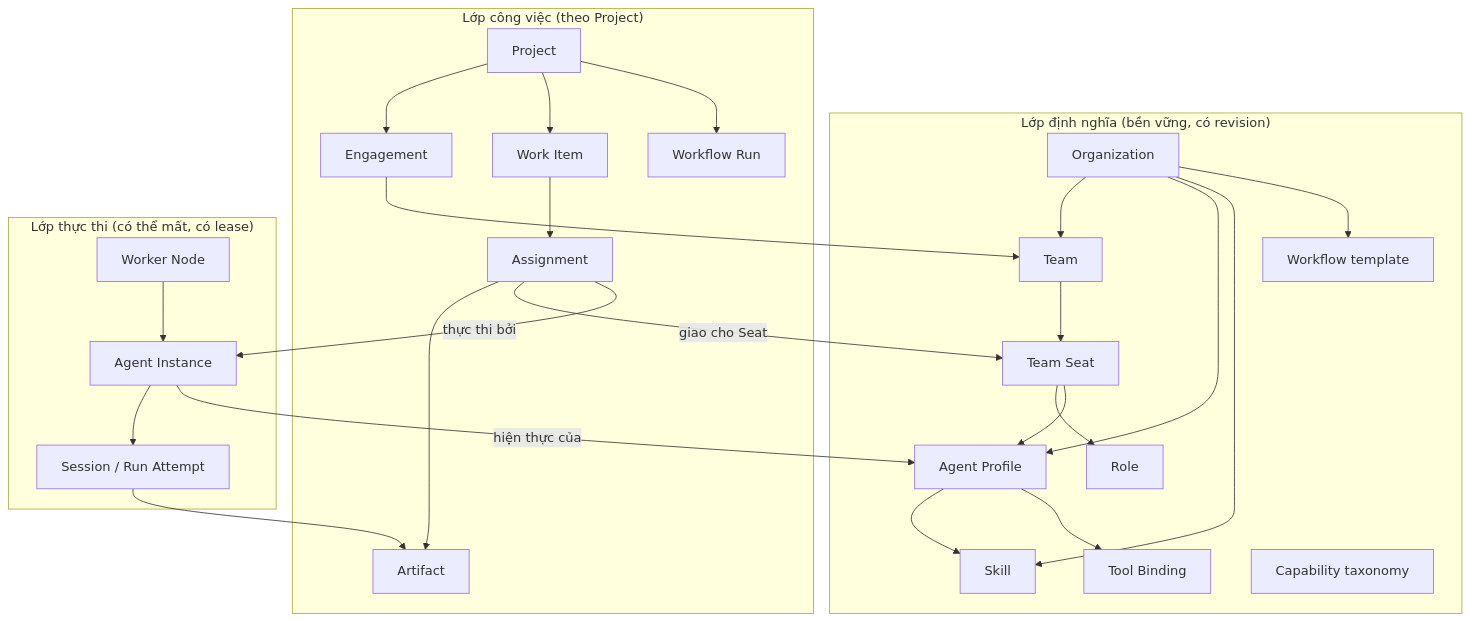
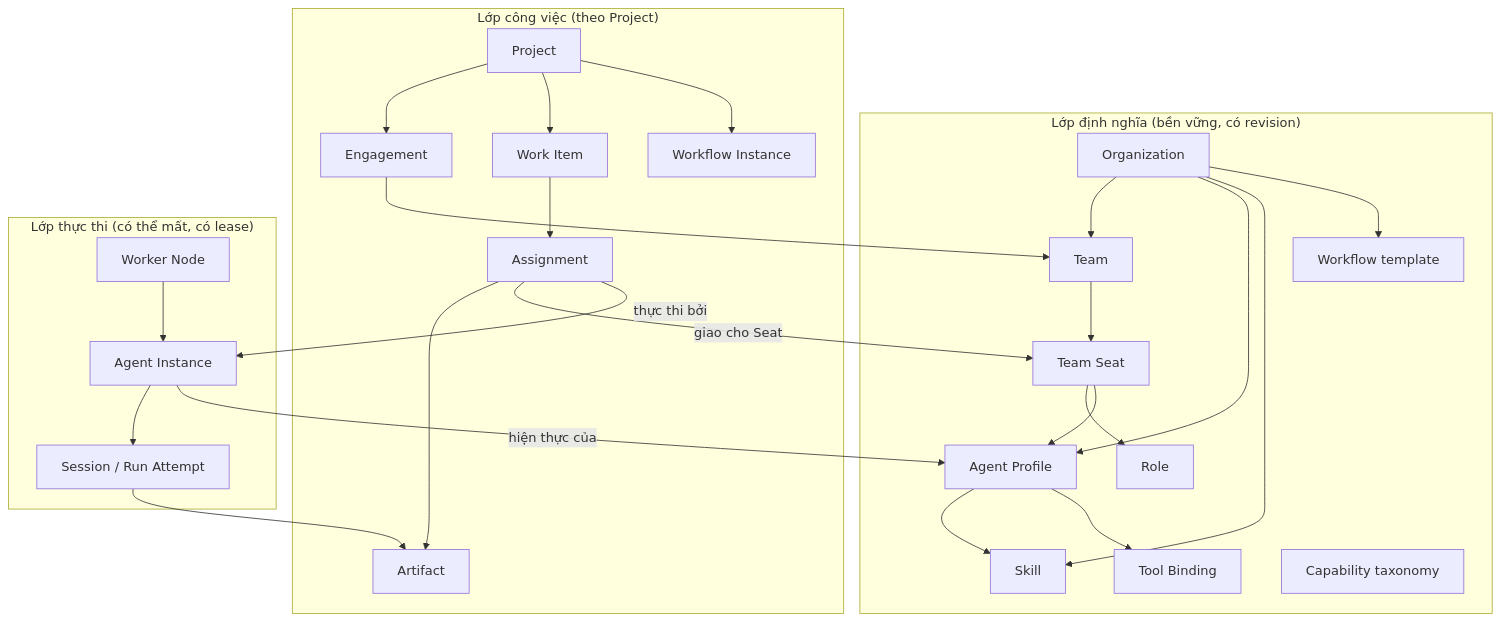
Before and after one commit to daubong240705-art/AI-SOFTWARE-FACTORY-6-AI-AGENT: the second of 6 diagrams in docs/architecture/01-product-and-domain-model.md, drawn with Mermaid. The commit also changed other lines of this file and 3 other files, not shown here.

First line of the commit message:
docs(architecture): record review decisions and fix superseded terminology

````diff
--- a/docs/architecture/01-product-and-domain-model.md
+++ b/docs/architecture/01-product-and-domain-model.md
@@ -224,31 +224,31 @@
 ```mermaid
 flowchart TB
     subgraph LOGIC["Lớp định nghĩa (bền vững, có revision)"]
         ORG["Organization"] --> TEAM["Team"]
         ORG --> PROF["Agent Profile"]
         ORG --> SKILL["Skill"]
         ORG --> WF["Workflow template"]
         TEAM --> SEAT["Team Seat"]
         SEAT --> ROLE["Role"]
         SEAT --> PROF
         PROF --> SKILL
         PROF --> TOOL["Tool Binding"]
         CAP["Capability taxonomy"]
     end
     subgraph WORK["Lớp công việc (theo Project)"]
         PRJ["Project"] --> ENG["Engagement"]
         ENG --> TEAM
         PRJ --> WI["Work Item"]
-        PRJ --> WFR["Workflow Run"]
+        PRJ --> WFR["Workflow Instance"]
         WI --> ASG["Assignment"]
         ASG --> ART["Artifact"]
     end
     subgraph RUNTIME["Lớp thực thi (có thể mất, có lease)"]
         NODE["Worker Node"] --> INST["Agent Instance"]
         INST --> SES["Session / Run Attempt"]
     end
     ASG -->|"giao cho Seat"| SEAT
     ASG -->|"thực thi bởi"| INST
     INST -->|"hiện thực của"| PROF
     SES --> ART
 ```
````
